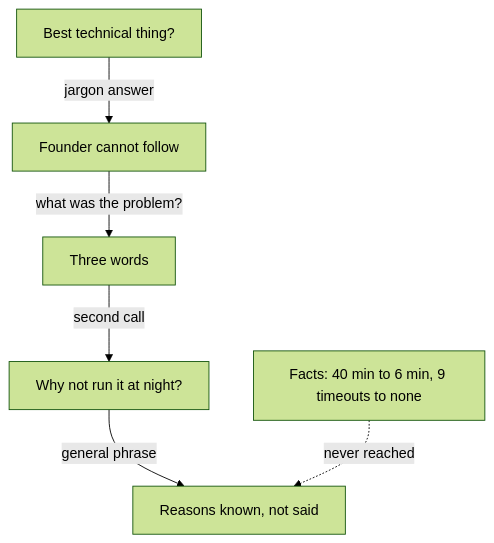
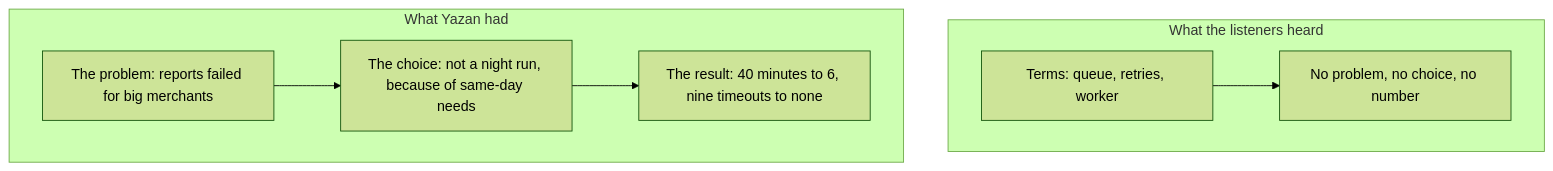
Before and after one commit to devweekends/Buildment: the diagram in courses/founder-interviews/05-your-best-technical-work/05.01-set-the-scene.md, drawn with Mermaid (forest theme). The commit also changed other lines of this file and 11 other files, not shown here.

````diff
--- a/courses/founder-interviews/05-your-best-technical-work/05.01-set-the-scene.md
+++ b/courses/founder-interviews/05-your-best-technical-work/05.01-set-the-scene.md
@@ -87,8 +85,10 @@
 ```mermaid
 flowchart TD
-  A["Best technical thing?"] -->|"jargon answer"| B["Founder cannot follow"]
-  B -->|"what was the problem?"| C["Three words"]
-  C -->|"second call"| D["Why not run it at night?"]
-  D -->|"general phrase"| E["Reasons known, not said"]
-  F["Facts: 40 min to 6 min, 9 timeouts to none"] -.->|"never reached"| E
+  subgraph H["What the listeners heard"]
+    A["Terms: queue, retries, worker"] --> B["No problem, no choice, no number"]
+  end
+  subgraph K["What Yazan had"]
+    C["The problem: reports failed for big merchants"] --> D["The choice: not a night run, because of same-day needs"]
+    D --> E["The result: 40 minutes to 6, nine timeouts to none"]
+  end
 ```
````
